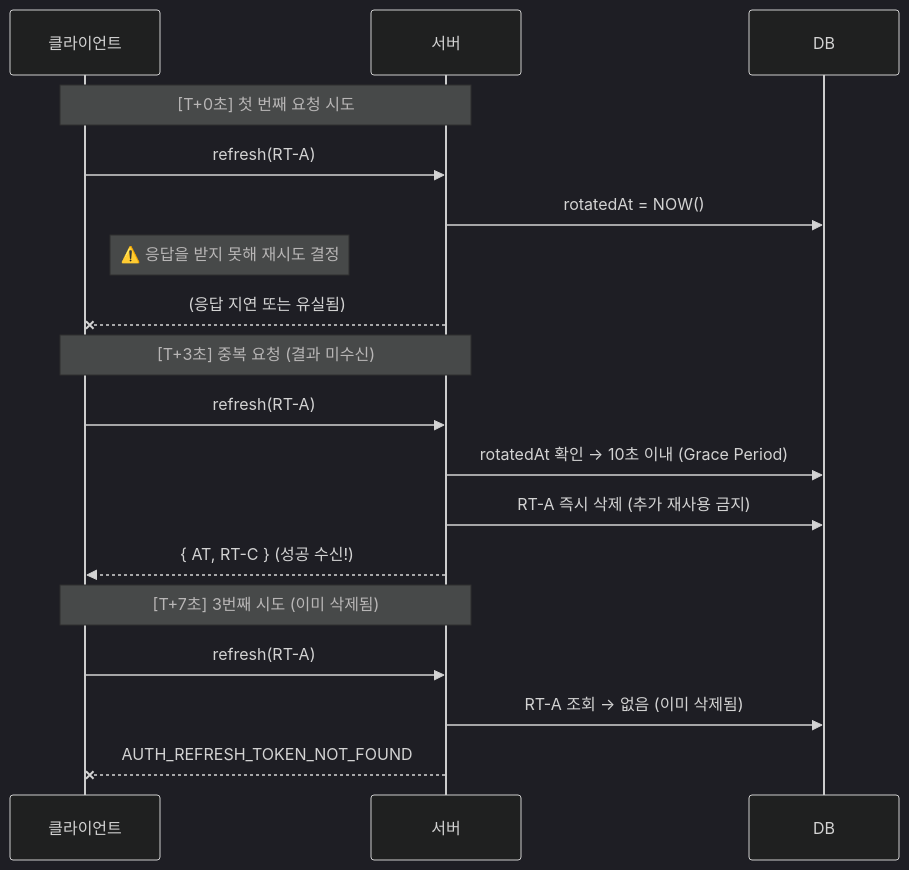
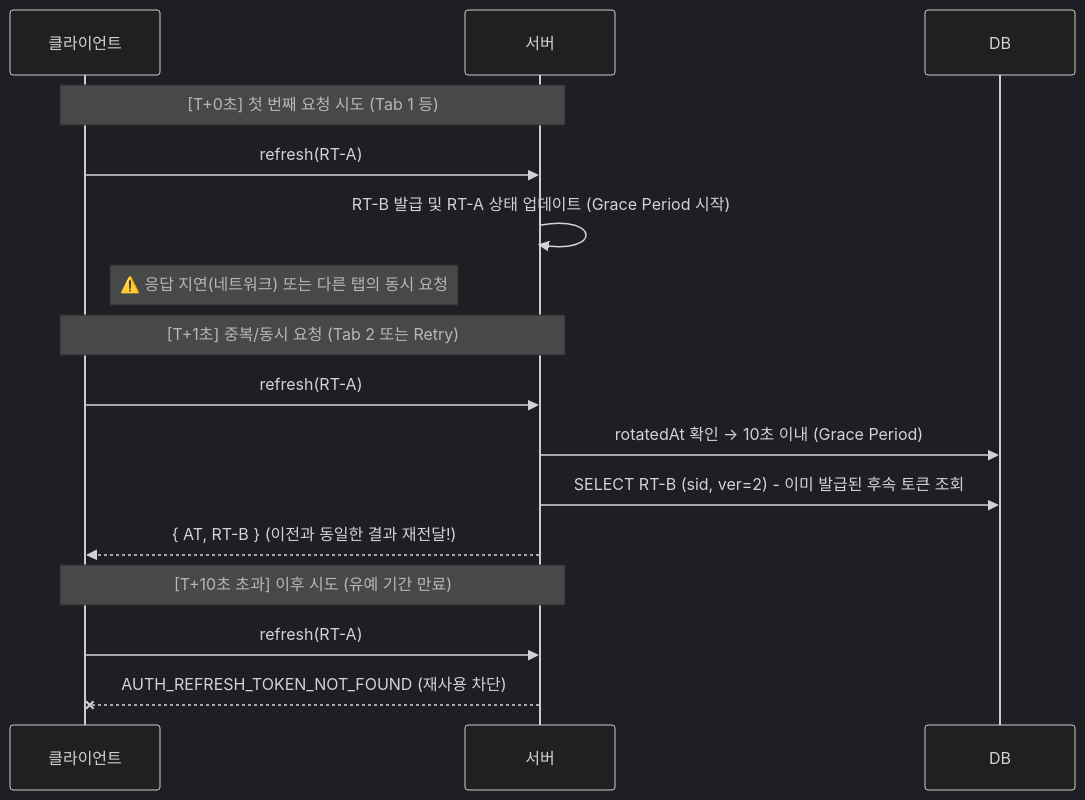
Before and after one commit to jin2304/SearchWeb_Spring: the seventh of 10 diagrams in docs/Backend/02. jwt-oauth2-architecture.md, drawn with Mermaid (dark theme). The commit also changed other lines of this file and 1 other file, not shown here.

First line of the commit message:
docs(auth): 리프레시 토큰 고도화 반영 및 테스트 파일 명칭 변경 (auth-test.http)

````diff
--- a/docs/Backend/02. jwt-oauth2-architecture.md
+++ b/docs/Backend/02. jwt-oauth2-architecture.md
@@ -317,25 +318,23 @@
 ```mermaid
 sequenceDiagram
     participant C as 클라이언트
     participant S as 서버
     participant DB as DB
 
-    Note over C,S: [T+0초] 첫 번째 요청 시도
+    Note over C,S: [T+0초] 첫 번째 요청 시도 (Tab 1 등)
     C->>S: refresh(RT-A)
-    S->>DB: rotatedAt = NOW()
+    S->>S: RT-B 발급 및 RT-A 상태 업데이트 (Grace Period 시작)
     
-    Note right of C: ⚠️ 응답을 받지 못해 재시도 결정
-    S--x C: (응답 지연 또는 유실됨)
+    Note right of C: ⚠️ 응답 지연(네트워크) 또는 다른 탭의 동시 요청
     
-    Note over C,S: [T+3초] 중복 요청 (결과 미수신)
+    Note over C,S: [T+1초] 중복/동시 요청 (Tab 2 또는 Retry)
     C->>S: refresh(RT-A)
     
     S->>DB: rotatedAt 확인 → 10초 이내 (Grace Period)
-    S->>DB: RT-A 즉시 삭제 (추가 재사용 금지)
-    S-->>C: { AT, RT-C } (성공 수신!)
+    S->>DB: SELECT RT-B (sid, ver=2) - 이미 발급된 후속 토큰 조회
+    S-->>C: { AT, RT-B } (이전과 동일한 결과 재전달!)
 
-    Note over C,S: [T+7초] 3번째 시도 (이미 삭제됨)
+    Note over C,S: [T+10초 초과] 이후 시도 (유예 기간 만료)
     C->>S: refresh(RT-A)
-    S->>DB: RT-A 조회 → 없음 (이미 삭제됨)
-    S--xC: AUTH_REFRESH_TOKEN_NOT_FOUND
+    S--xC: AUTH_REFRESH_TOKEN_NOT_FOUND (재사용 차단)
 ```
````
